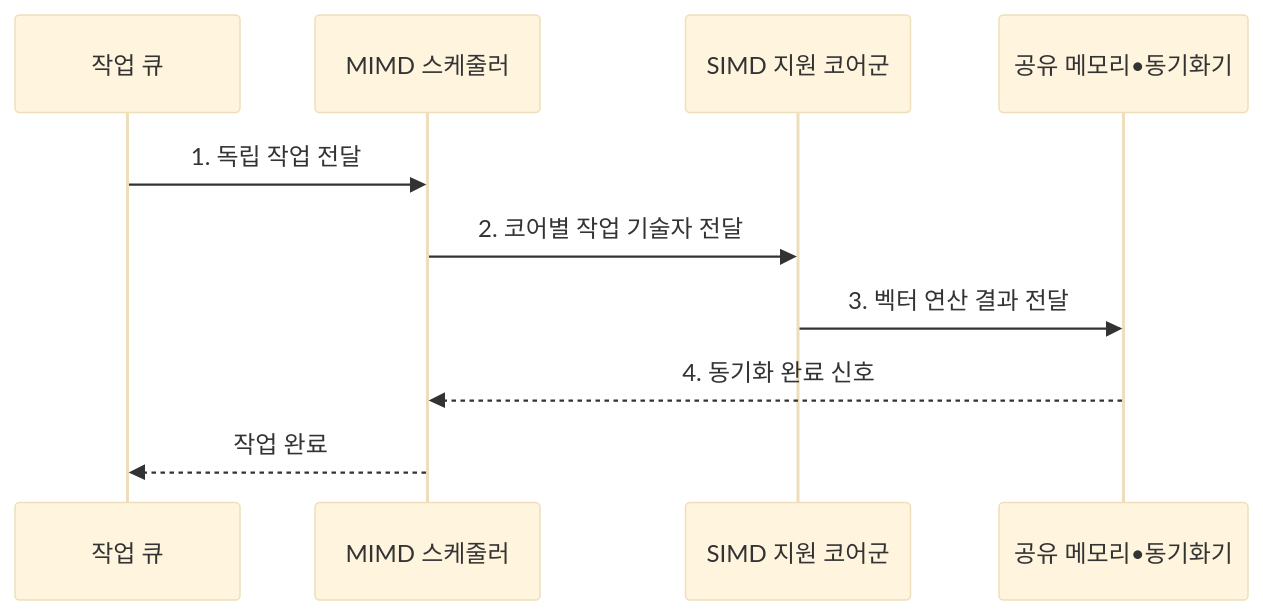
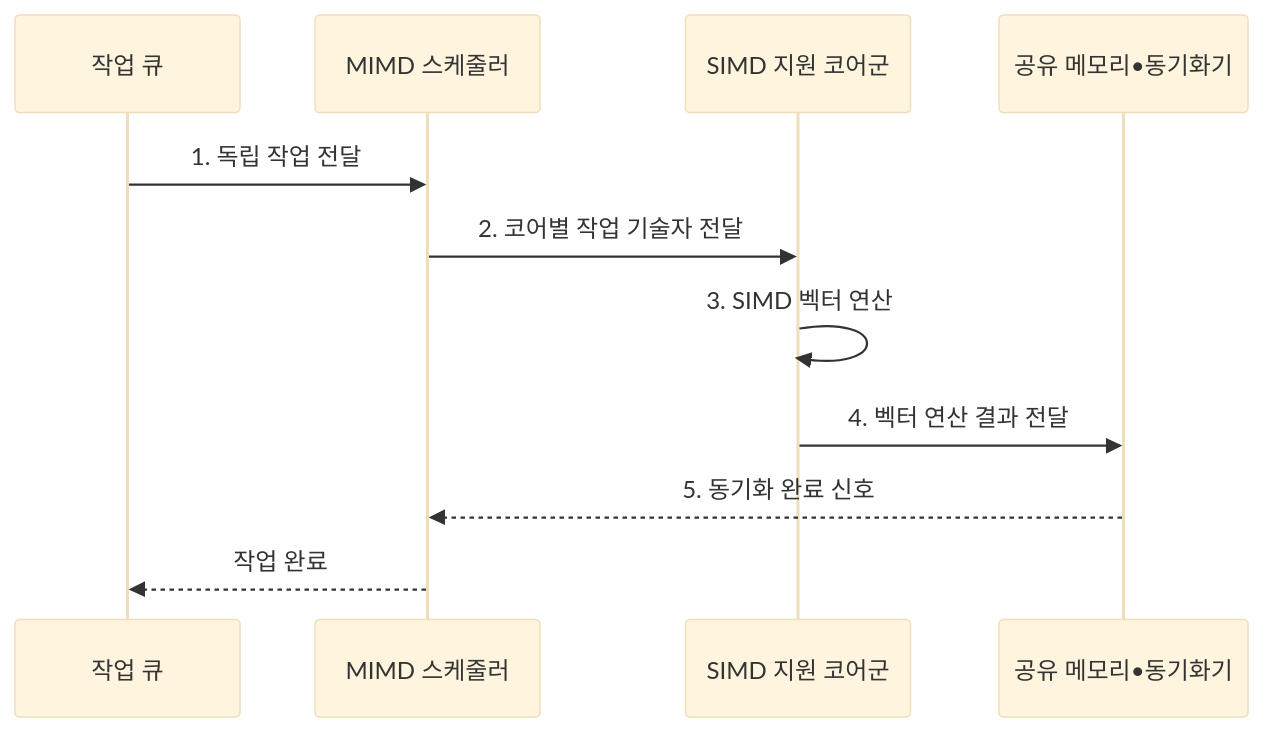
The second of 2 diagrams in src/content/docs/notes/02-hardware/053_simd_mimd.md (agnusdei1207/knowledge-base), drawn with Mermaid (base theme) before and after one commit. The commit also changed other lines of this file and 14 other files, not shown here.

````diff
--- a/src/content/docs/notes/02-hardware/053_simd_mimd.md
+++ b/src/content/docs/notes/02-hardware/053_simd_mimd.md
@@ -101,13 +101,14 @@
 ```mermaid
 sequenceDiagram
     participant Q as 작업 큐
     participant S as MIMD 스케줄러
     participant L as SIMD 지원 코어군
     participant B as 공유 메모리•동기화기
 
     Q->>S: 1. 독립 작업 전달
     S->>L: 2. 코어별 작업 기술자 전달
-    L->>B: 3. 벡터 연산 결과 전달
-    B-->>S: 4. 동기화 완료 신호
+    L->>L: 3. SIMD 벡터 연산
+    L->>B: 4. 벡터 연산 결과 전달
+    B-->>S: 5. 동기화 완료 신호
     S-->>Q: 작업 완료
 ```
````
